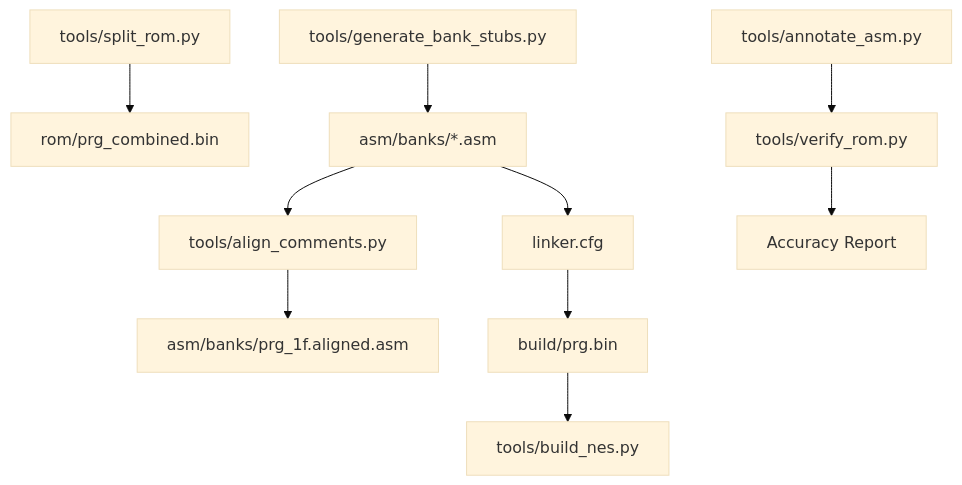
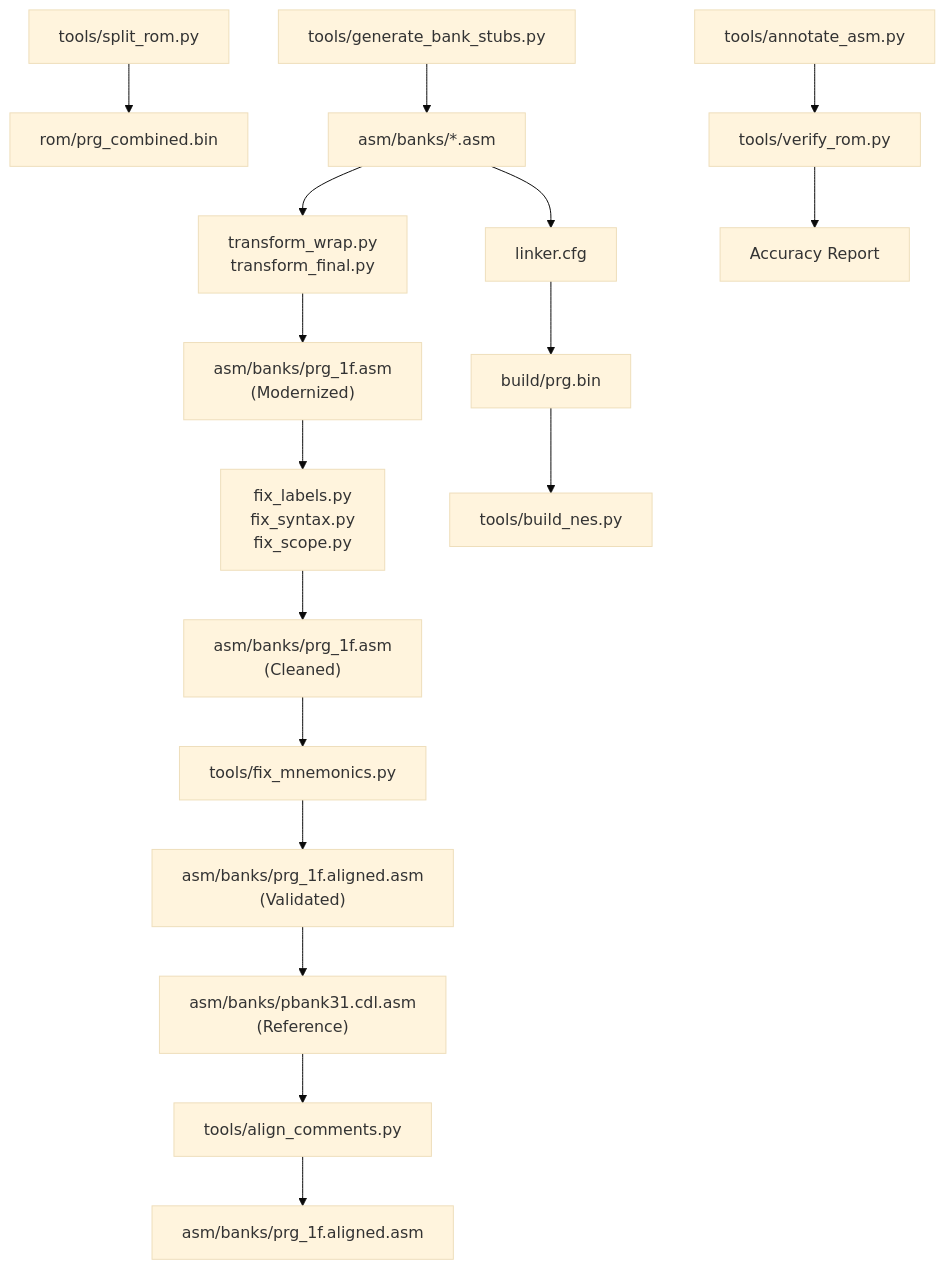
The fourth of 4 diagrams in .qoder/repowiki/en/content/Disassembly Workflow/Disassembly Workflow.md (rabbyzero/sango2dasm), drawn with Mermaid (base theme) before and after one commit. The commit also changed other lines of this file and 8 other files, not shown here.

````diff
--- a/.qoder/repowiki/en/content/Disassembly Workflow/Disassembly Workflow.md
+++ b/.qoder/repowiki/en/content/Disassembly Workflow/Disassembly Workflow.md
@@ -354,12 +476,19 @@
 ```mermaid
 graph TB
 SPLIT["tools/split_rom.py"] --> BIN["rom/prg_combined.bin"]
 STUB["tools/generate_bank_stubs.py"] --> ASM["asm/banks/*.asm"]
-ASM --> ALIGN["tools/align_comments.py"]
+ASM --> TRANS["transform_wrap.py<br/>transform_final.py"]
+TRANS --> MOD["asm/banks/prg_1f.asm<br/>(Modernized)"]
+MOD --> FIX["fix_labels.py<br/>fix_syntax.py<br/>fix_scope.py"]
+FIX --> CLEAN["asm/banks/prg_1f.asm<br/>(Cleaned)"]
+CLEAN --> REF["tools/fix_mnemonics.py"]
+REF --> VALID["asm/banks/prg_1f.aligned.asm<br/>(Validated)"]
+VALID --> CDL["asm/banks/pbank31.cdl.asm<br/>(Reference)"]
+CDL --> ALIGN["tools/align_comments.py"]
 ALIGN --> ALIGNED["asm/banks/prg_1f.aligned.asm"]
 ASM --> LINK["linker.cfg"]
 LINK --> OBJ["build/prg.bin"]
 OBJ --> NES["tools/build_nes.py"]
 ANNO["tools/annotate_asm.py"] --> VERIFY["tools/verify_rom.py"]
 VERIFY --> ACC["Accuracy Report"]
 ```
````
